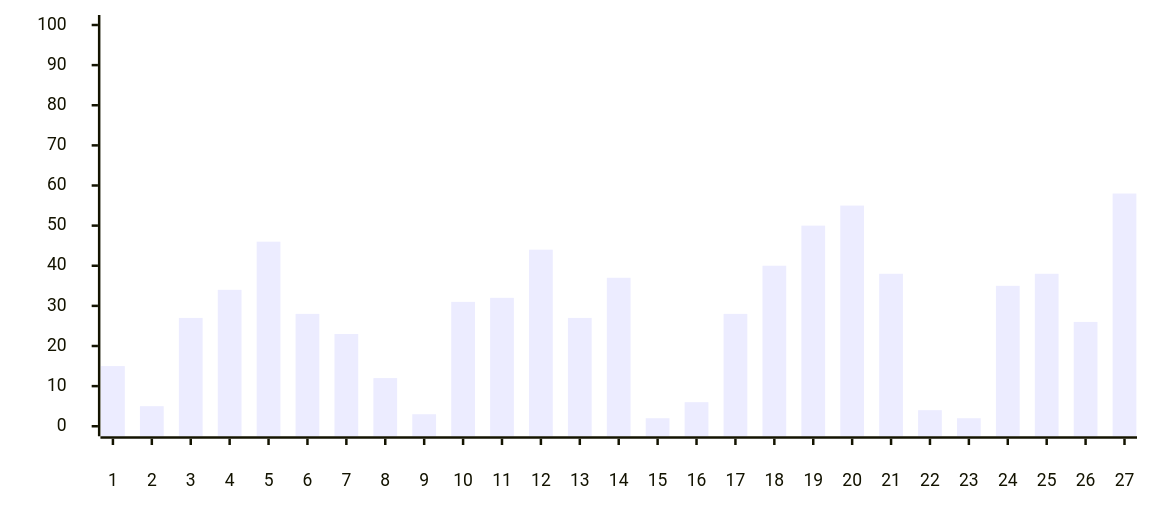
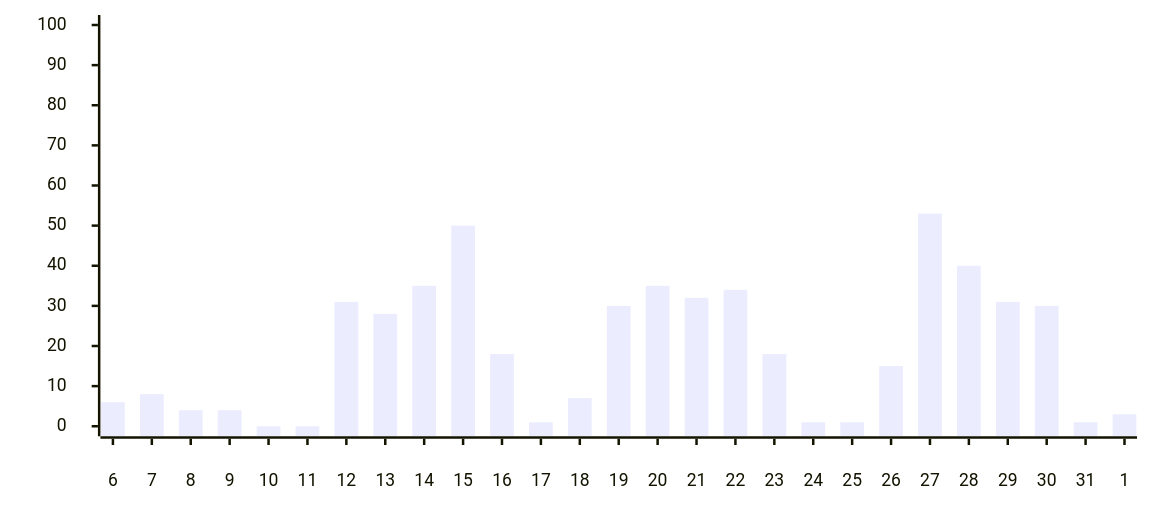
Diagram 11 of 11 in __tests__/mock/sample-output.md (austenstone/copilot-usage), drawn with Mermaid before and after one commit. The commit also changed other lines of this file and 6 other files, not shown here.

````diff
--- a/__tests__/mock/sample-output.md
+++ b/__tests__/mock/sample-output.md
@@ -252,20 +252,20 @@
 ```mermaid
 ---
 config:
     xyChart:
         width: 900
         height: 400
         xAxis:
             labelPadding: 20
         yAxis:
             labelPadding: 20
     themeVariables:
         xyChart:
             backgroundColor: "transparent"
 ---
 xychart-beta
 
-  x-axis  [1, 2, 3, 4, 5, 6, 7, 8, 9, 10, 11, 12, 13, 14, 15, 16, 17, 18, 19, 20, 21, 22, 23, 24, 25, 26, 27]
+  x-axis  [6, 7, 8, 9, 10, 11, 12, 13, 14, 15, 16, 17, 18, 19, 20, 21, 22, 23, 24, 25, 26, 27, 28, 29, 30, 31, 1]
   y-axis  0 --> 100
-bar  [15, 5, 27, 34, 46, 28, 23, 12, 3, 31, 32, 44, 27, 37, 2, 6, 28, 40, 50, 55, 38, 4, 2, 35, 38, 26, 58]
+bar  [6, 8, 4, 4, 0, 0, 31, 28, 35, 50, 18, 1, 7, 30, 35, 32, 34, 18, 1, 1, 15, 53, 40, 31, 30, 1, 3]
 ```
````
